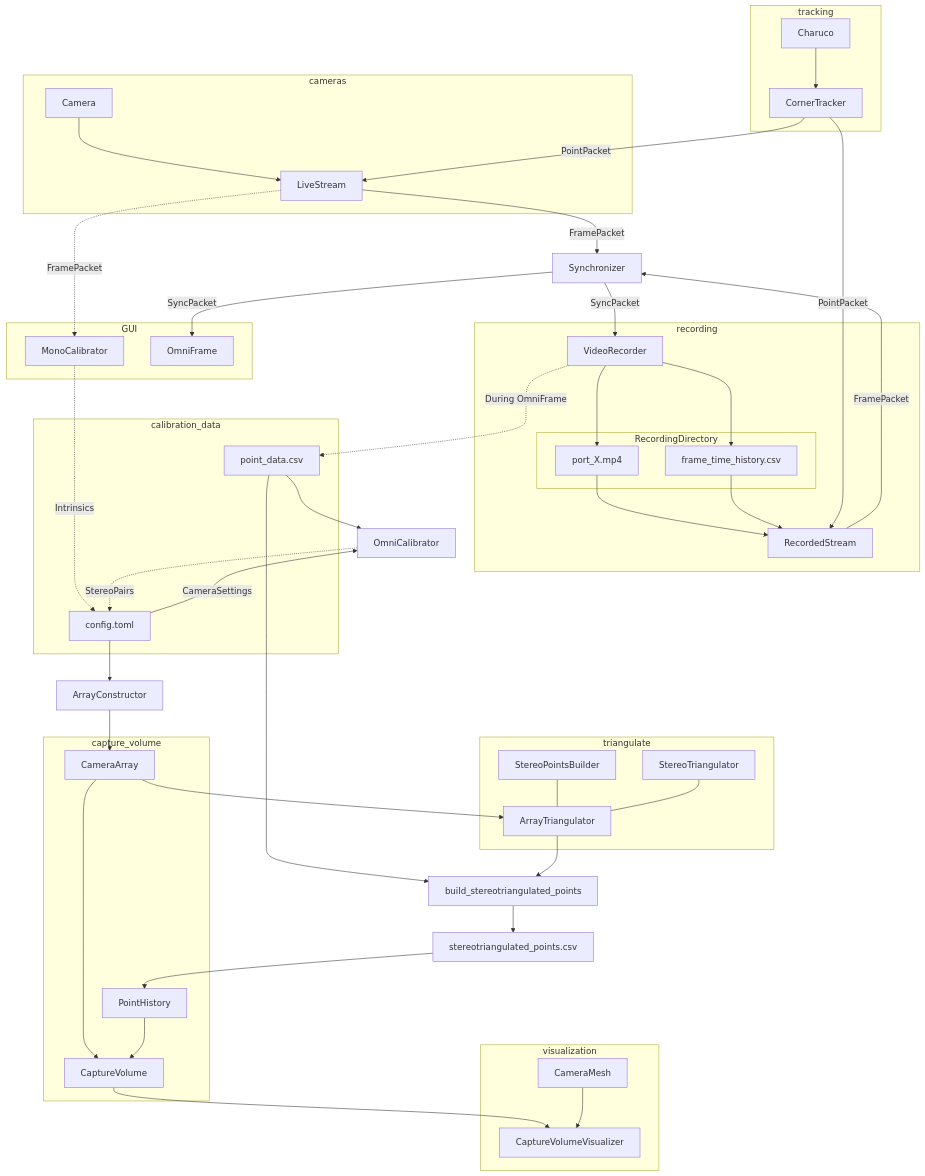
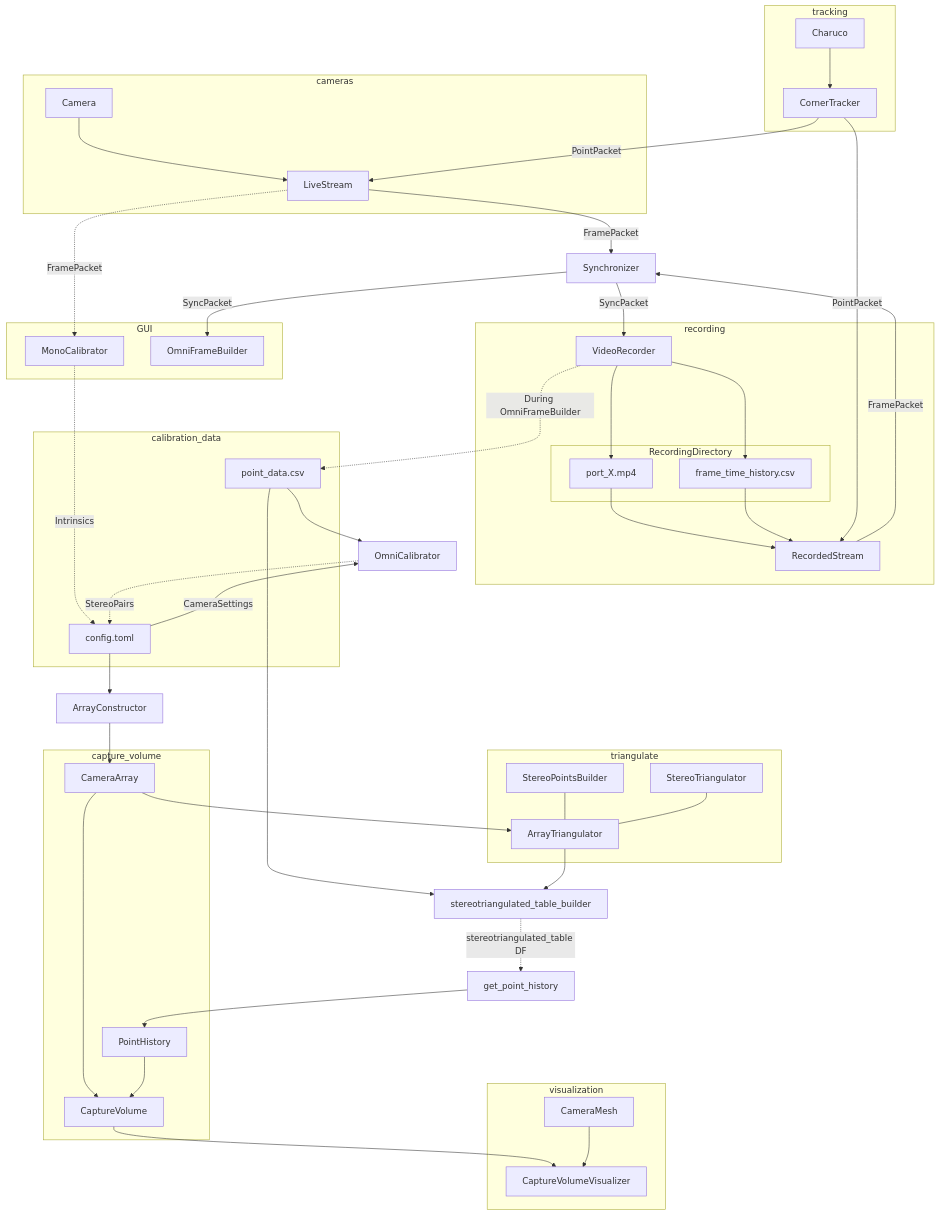
One commit to mprib/caliscope changed the diagram in README.md. Above: the diagram before and after it, drawn with Mermaid. The commit also changed 5 other files, not shown here.

```diff
--- a/README.md
+++ b/README.md
@@ -22,17 +22,17 @@
 
 subgraph GUI
     MonoCalibrator
-    OmniFrame
+    OmniFrameBuilder
 end
 
-Synchronizer --SyncPacket-->  OmniFrame
+Synchronizer --SyncPacket-->  OmniFrameBuilder
 
 LiveStream -.FramePacket.-> MonoCalibrator
 MonoCalibrator -.Intrinsics.-> config.toml
 
 VideoRecorder --> frame_time_history.csv
 VideoRecorder --> port_X.mp4 
-VideoRecorder -.During OmniFrame.-> point_data.csv
+VideoRecorder -.During OmniFrameBuilder.-> point_data.csv
 port_X.mp4 --> RecordedStream
 frame_time_history.csv --> RecordedStream
 
@@ -62,8 +62,9 @@
     config.toml
 end
 
-point_data.csv --> build_stereotriangulated_points
-ArrayTriangulator --> build_stereotriangulated_points
+point_data.csv --> stereotriangulated_table_builder
+
+ArrayTriangulator --> stereotriangulated_table_builder
 
 CornerTracker --PointPacket--> RecordedStream
 
@@ -78,10 +79,12 @@
     StereoTriangulator --- ArrayTriangulator
 end
 
-build_stereotriangulated_points --> stereotriangulated_points.csv
 CaptureVolume --> CaptureVolumeVisualizer
 
-stereotriangulated_points.csv --> PointHistory
+
+stereotriangulated_table_builder -.stereotriangulated_table DF.-> get_point_history
+
+get_point_history --> PointHistory
 
 subgraph capture_volume
 CameraArray --> CaptureVolume
```
